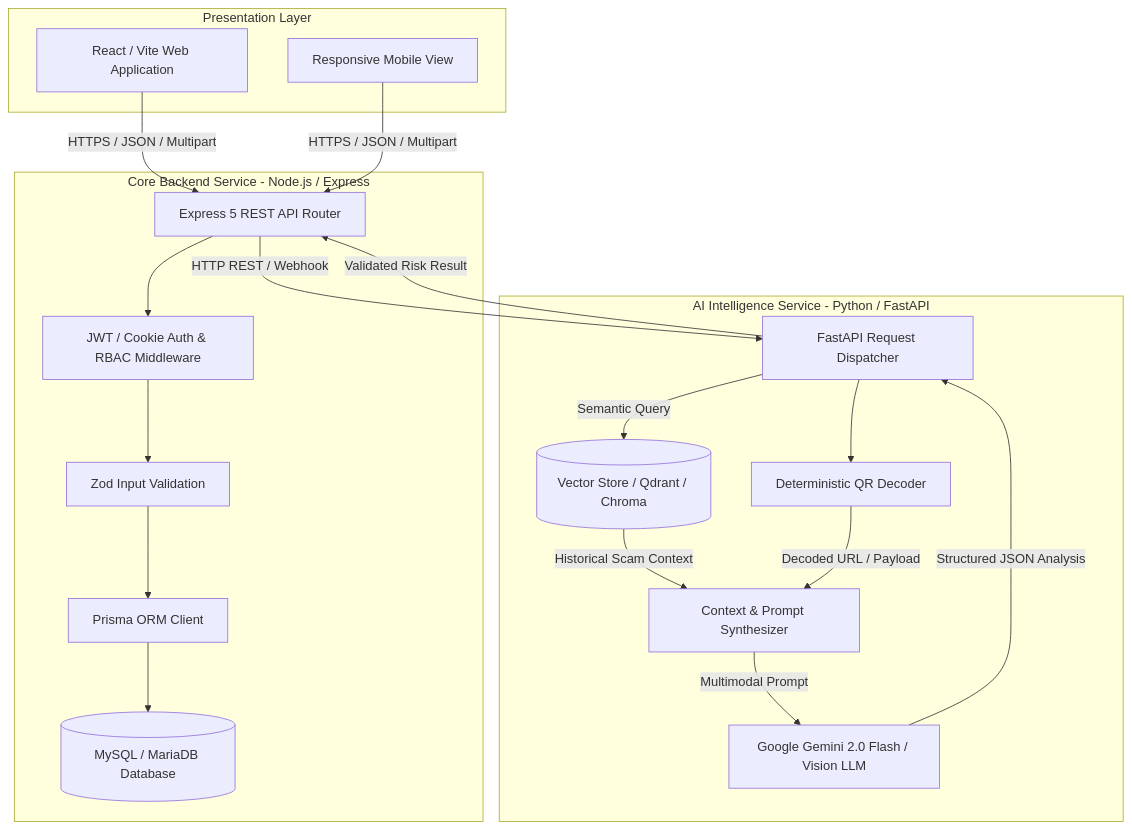
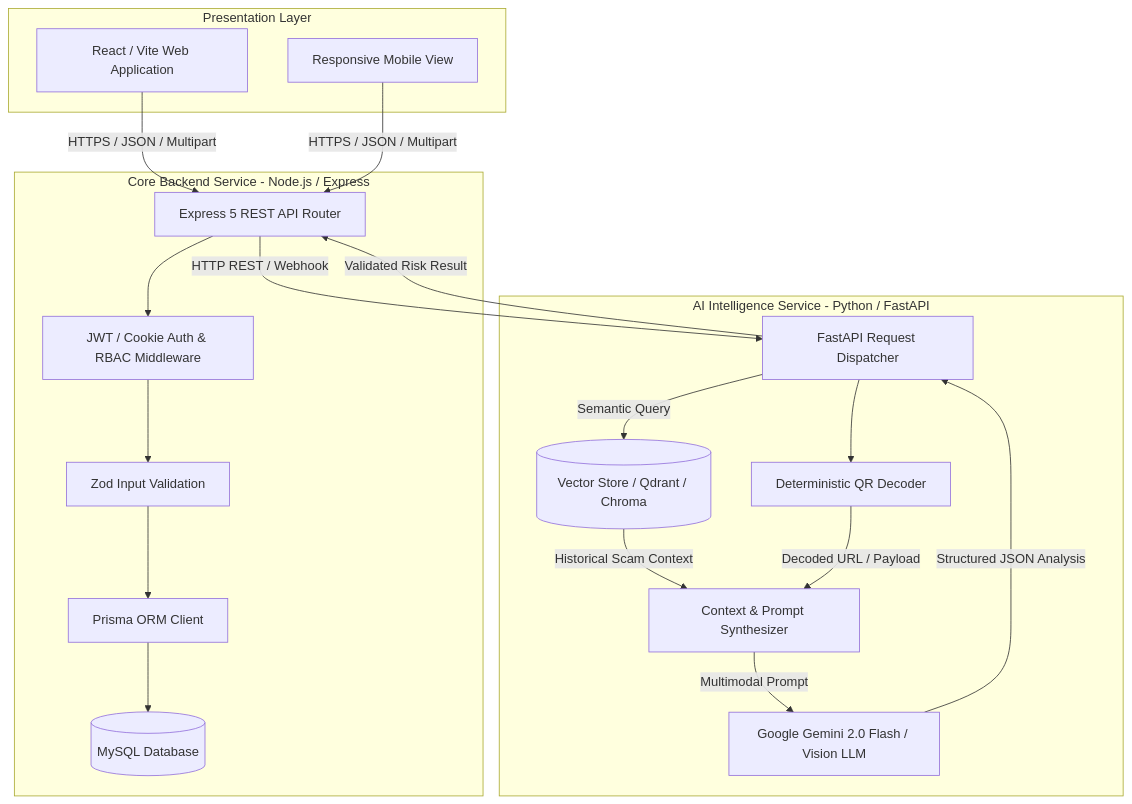
The first of 3 diagrams in README.md (Sotchi10/BanteayDigital-Backend), drawn with Mermaid before and after one commit. The commit also changed other lines of this file and 16 other files, not shown here.

````diff
--- a/README.md
+++ b/README.md
@@ -97,40 +97,40 @@
 ```mermaid
 flowchart TB
     subgraph ClientLayer [Presentation Layer]
         WebClient[React / Vite Web Application]
         MobileWeb[Responsive Mobile View]
     end
 
     subgraph BackendLayer [Core Backend Service - Node.js / Express]
         API[Express 5 REST API Router]
         AuthGuard[JWT / Cookie Auth & RBAC Middleware]
         Validation[Zod Input Validation]
         PrismaORM[Prisma ORM Client]
-        MySQL[(MySQL / MariaDB Database)]
+        MySQL[(MySQL Database)]
     end
 
     subgraph AISubsystem [AI Intelligence Service - Python / FastAPI]
         AIRouter[FastAPI Request Dispatcher]
         QRModule[Deterministic QR Decoder]
         VectorStore[(Vector Store / Qdrant / Chroma)]
         PromptEngine[Context & Prompt Synthesizer]
         MultimodalLLM[Google Gemini 2.0 Flash / Vision LLM]
     end
 
     WebClient -->|HTTPS / JSON / Multipart| API
     MobileWeb -->|HTTPS / JSON / Multipart| API
 
     API --> AuthGuard
     AuthGuard --> Validation
     Validation --> PrismaORM
     PrismaORM --> MySQL
 
     API -->|HTTP REST / Webhook| AIRouter
     AIRouter --> QRModule
     AIRouter -->|Semantic Query| VectorStore
     VectorStore -->|Historical Scam Context| PromptEngine
     QRModule -->|Decoded URL / Payload| PromptEngine
     PromptEngine -->|Multimodal Prompt| MultimodalLLM
     MultimodalLLM -->|Structured JSON Analysis| AIRouter
     AIRouter -->|Validated Risk Result| API
 ```
````
